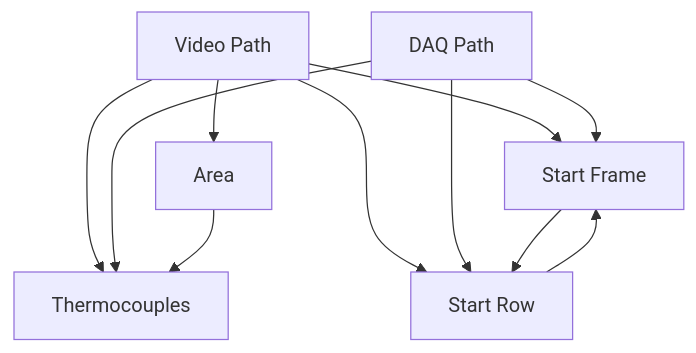
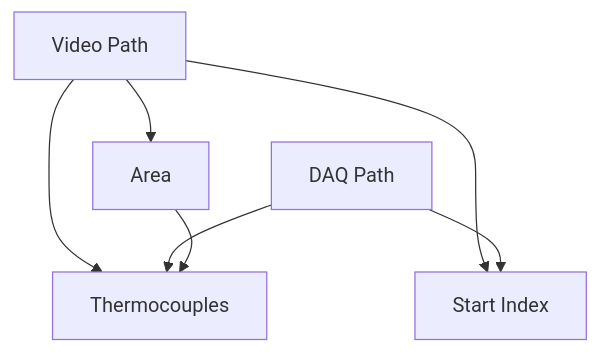
The second of 2 diagrams in README.md (starpact/tlc), drawn with Mermaid before and after one commit. The commit also changed other lines of this file and 5 other files, not shown here.

````diff
--- a/README.md
+++ b/README.md
@@ -89,13 +61,9 @@
 ```mermaid
 flowchart
     video_path[Video Path] --> area[Area]
-    video_path[Video Path] --> start_frame[Start Frame]
-    video_path[Video Path] --> start_row[Start Row]
+    video_path[Video Path] --> start_index[Start Index]
     video_path[Video Path] --> thermocouples[Thermocouples]
-    daq_path[DAQ Path] --> start_frame
-    daq_path[DAQ Path] --> start_row
+    daq_path[DAQ Path] --> start_index
     daq_path[DAQ Path] --> thermocouples
-    start_frame --> start_row
-    start_row --> start_frame
     area --> thermocouples
 ```
````
